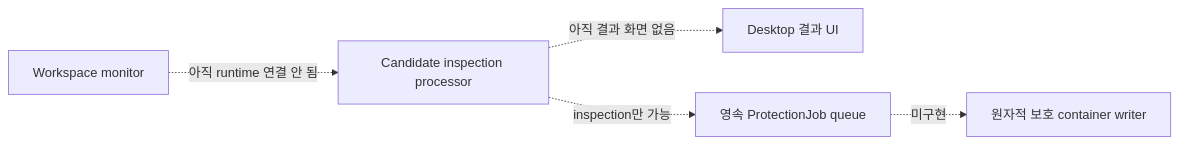
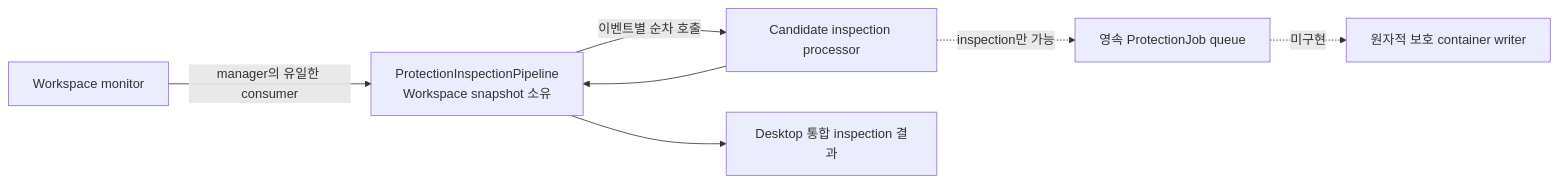
The third of 3 diagrams in docs/architecture.md (forpublicmskim-hub/MY_DRM), drawn with Mermaid before and after one commit. The commit also changed other lines of this file and 20 other files, not shown here.

First line of the commit message:
feat: connect protection inspection pipeline

````diff
--- a/docs/architecture.md
+++ b/docs/architecture.md
@@ -101,13 +101,16 @@
 ```mermaid
 flowchart LR
     Monitor["Workspace monitor"]
+    Pipeline["ProtectionInspectionPipeline<br/>Workspace snapshot 소유"]
     Processor["Candidate inspection processor"]
-    UI["Desktop 결과 UI"]
+    UI["Desktop 통합 inspection 결과"]
     Queue["영속 ProtectionJob queue"]
     Writer["원자적 보호 container writer"]
 
-    Monitor -. "아직 runtime 연결 안 됨" .-> Processor
-    Processor -. "아직 결과 화면 없음" .-> UI
+    Monitor -->|"manager의 유일한 consumer"| Pipeline
+    Pipeline -->|"이벤트별 순차 호출"| Processor
+    Processor --> Pipeline
+    Pipeline --> UI
     Processor -. "inspection만 가능" .-> Queue
     Queue -. "미구현" .-> Writer
 ```
````
